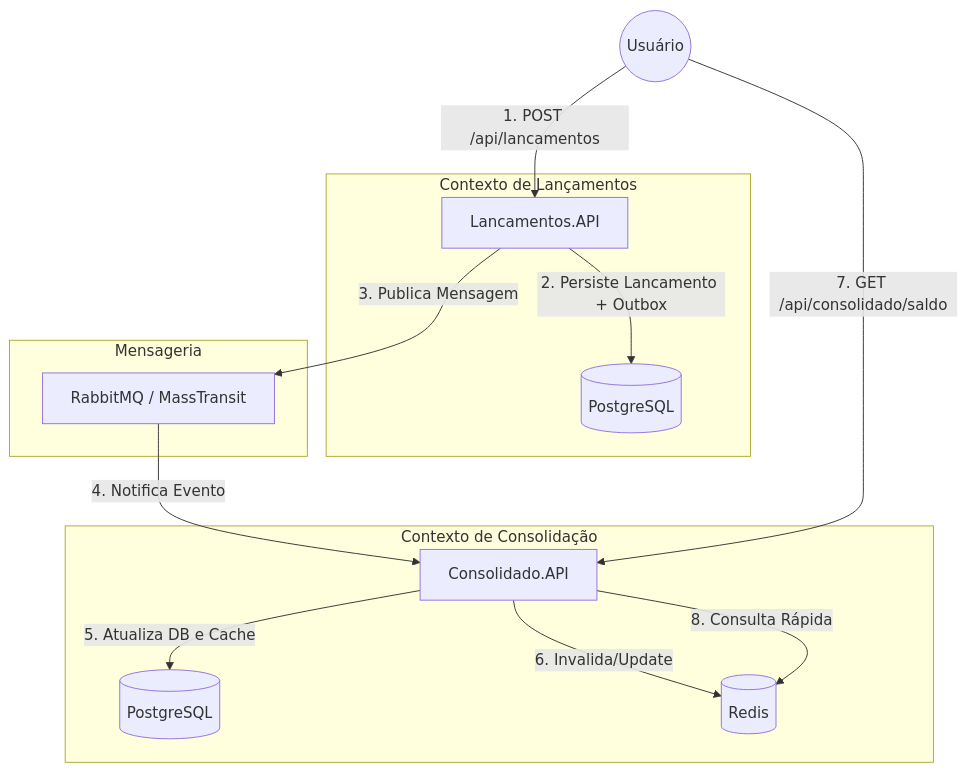
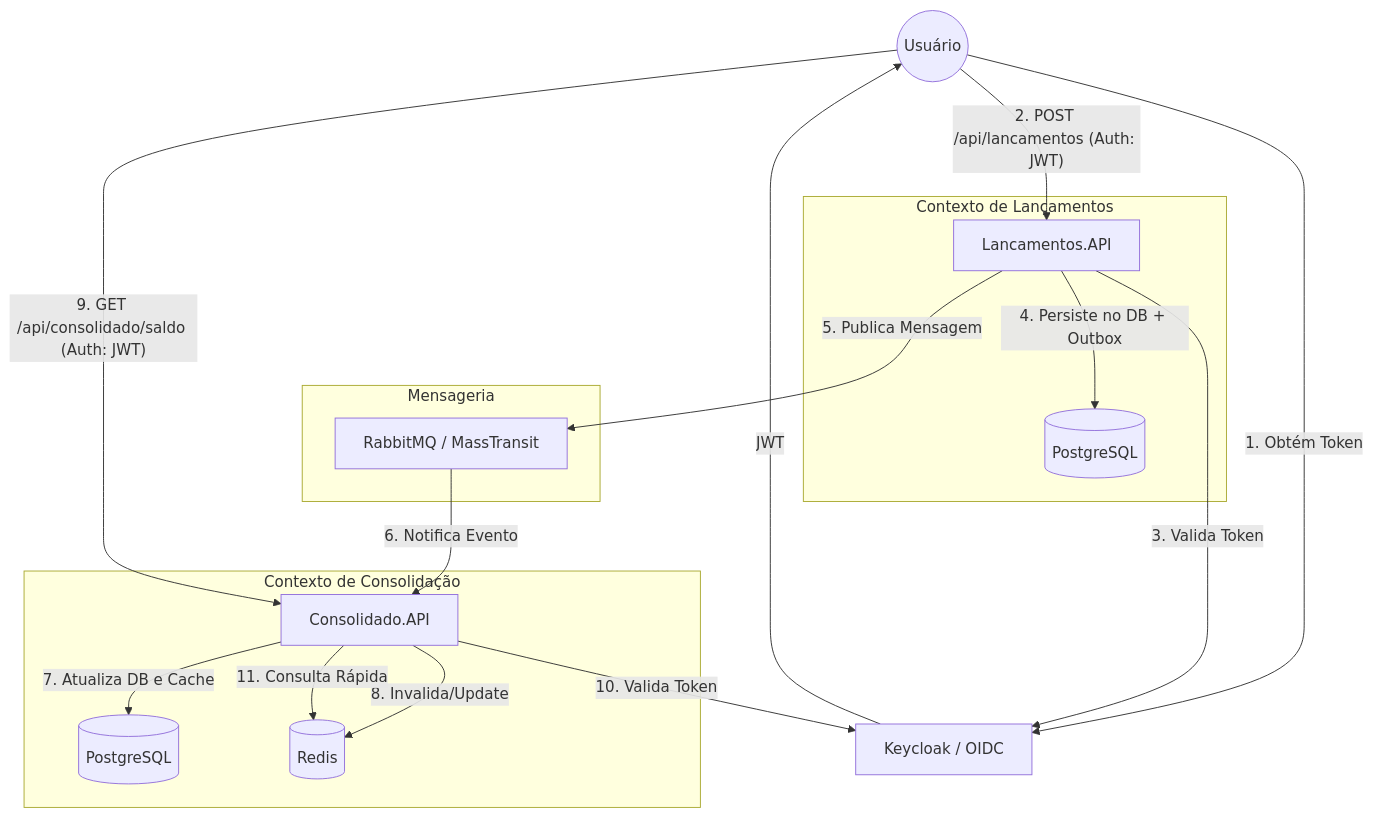
The diagram in README.md (luisclaudiogp/Teste-Verx), drawn with Mermaid before and after one commit.

Commit message:
Ajuste na inclusao do grafico o keycloak

````diff
--- a/README.md
+++ b/README.md
@@ -11,28 +11,37 @@
 ```mermaid
 graph TD
     User((Usuário))
+    IDP[Keycloak / OIDC]
     
     subgraph "Contexto de Lançamentos"
         API_L[Lancamentos.API]
         DB_L[(PostgreSQL)]
     end
     
     subgraph "Mensageria"
         Broker[RabbitMQ / MassTransit]
     end
     
     subgraph "Contexto de Consolidação"
         API_C[Consolidado.API]
         DB_C[(PostgreSQL)]
         Cache[(Redis)]
     end
 
-    User -- "1. POST /api/lancamentos" --> API_L
-    API_L -- "2. Persiste Lancamento + Outbox" --> DB_L
-    API_L -- "3. Publica Mensagem" --> Broker
-    Broker -- "4. Notifica Evento" --> API_C
-    API_C -- "5. Atualiza DB e Cache" --> DB_C
-    API_C -- "6. Invalida/Update" --> Cache
-    User -- "7. GET /api/consolidado/saldo" --> API_C
-    API_C -- "8. Consulta Rápida" --> Cache
+    User -- "1. Obtém Token" --> IDP
+    IDP -- "JWT" --> User
+    
+    User -- "2. POST /api/lancamentos (Auth: JWT)" --> API_L
+    API_L -- "3. Valida Token" --> IDP
+    
+    API_L -- "4. Persiste no DB + Outbox" --> DB_L
+    API_L -- "5. Publica Mensagem" --> Broker
+    
+    Broker -- "6. Notifica Evento" --> API_C
+    API_C -- "7. Atualiza DB e Cache" --> DB_C
+    API_C -- "8. Invalida/Update" --> Cache
+    
+    User -- "9. GET /api/consolidado/saldo (Auth: JWT)" --> API_C
+    API_C -- "10. Valida Token" --> IDP
+    API_C -- "11. Consulta Rápida" --> Cache
 ```
````
